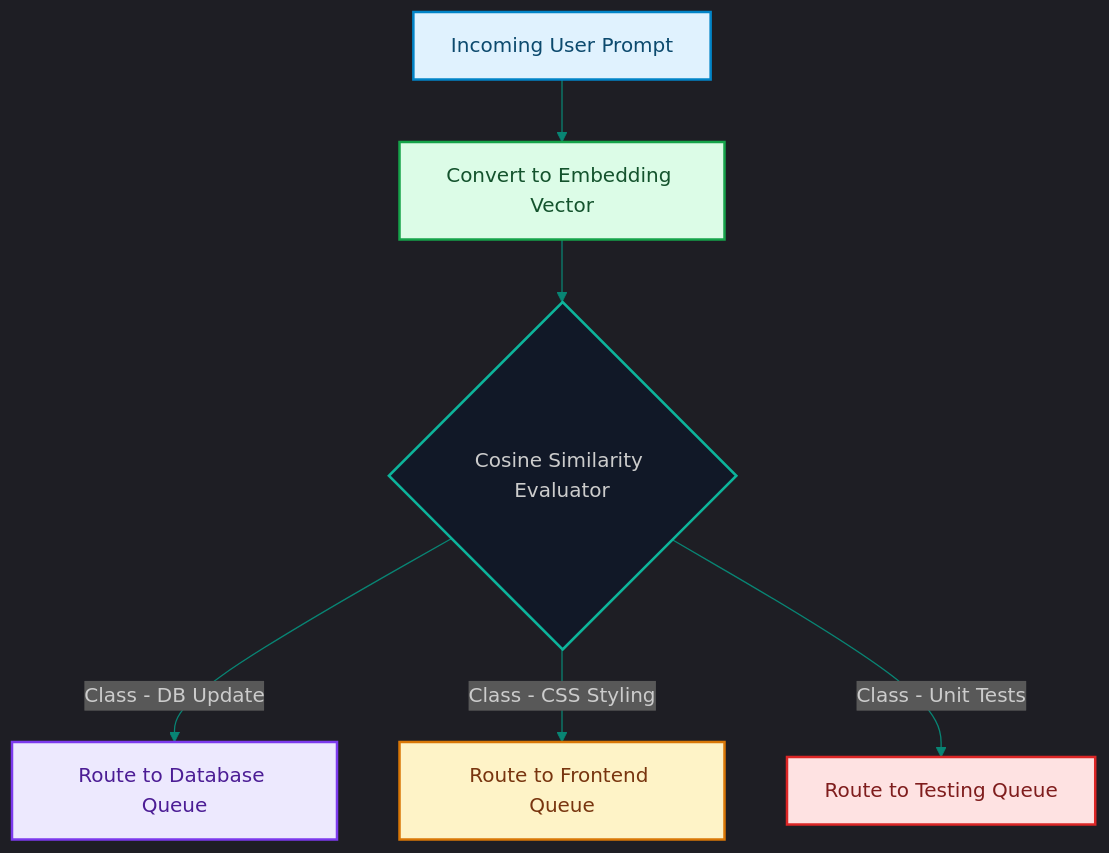
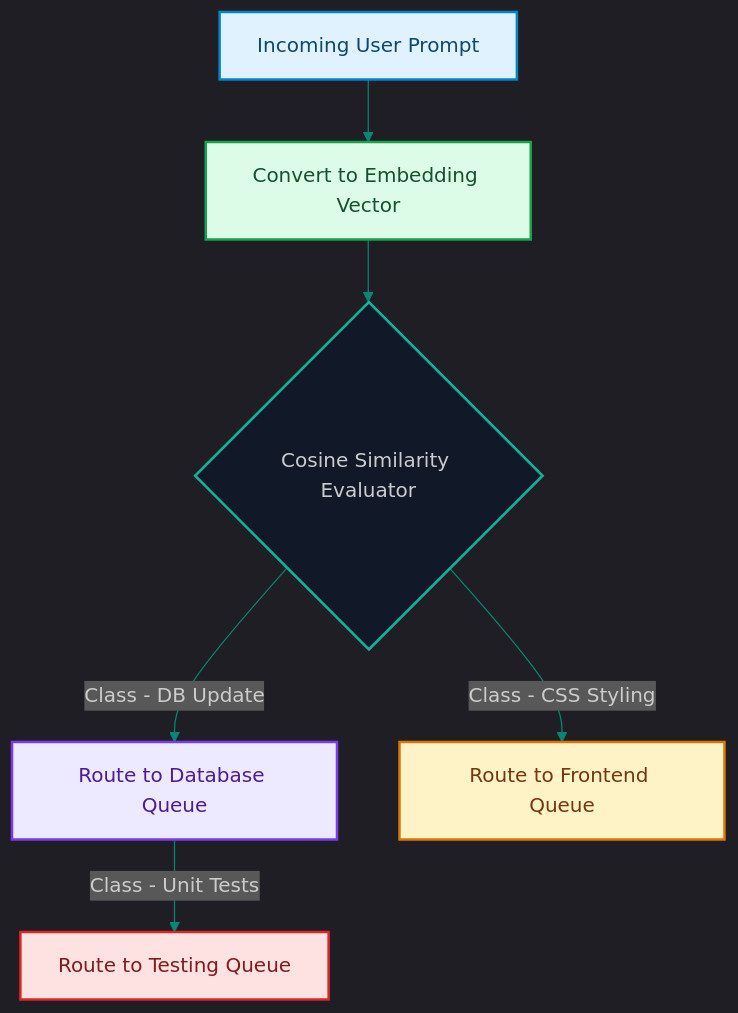
The diagram in blog/posts/routing-topology-dynamic-semantic-classifiers.md (akmalkhaniub/akmalkhaniub.github.io), drawn with Mermaid before and after one commit. The commit also changed other lines of this file and 894 other files, not shown here.

Commit message:
feat(blog): upgrade all 444 posts with unique staggered dates, 2-col Mermaid spines, benchmark tables, code blocks, and trade-offs

````diff
--- a/blog/posts/routing-topology-dynamic-semantic-classifiers.md
+++ b/blog/posts/routing-topology-dynamic-semantic-classifiers.md
@@ -22,23 +22,23 @@
 ```mermaid
 %%{init: {'theme': 'dark', 'themeVariables': { 'primaryColor': '#088574', 'primaryTextColor': '#f3f4f6', 'primaryBorderColor': '#0db49b', 'lineColor': '#088574', 'secondaryColor': '#111827', 'tertiaryColor': '#0b0f19'}}}%%
 flowchart TD
     Prompt["Incoming User Prompt"] --> Embed["Convert to Embedding Vector"]
     Embed --> Cosine{Cosine Similarity Evaluator}
     
     Cosine -->|Class - DB Update| DB["Route to Database Queue"]
     Cosine -->|Class - CSS Styling| FE["Route to Frontend Queue"]
-    Cosine -->|Class - Unit Tests| Test["Route to Testing Queue"]
+    DB --> |Class - Unit Tests| Test["Route to Testing Queue"]
     
     style Cosine fill:#111827,stroke:#0db49b,stroke-width:2px
 
 classDef green fill:#dcfce7,stroke:#16a34a,stroke-width:2px,color:#14532d;
 classDef red fill:#fee2e2,stroke:#dc2626,stroke-width:2px,color:#7f1d1d;
 classDef blue fill:#e0f2fe,stroke:#0284c7,stroke-width:2px,color:#0c4a6e;
 classDef yellow fill:#fef3c7,stroke:#d97706,stroke-width:2px,color:#78350f;
 classDef purple fill:#ede9fe,stroke:#7c3aed,stroke-width:2px,color:#4c1d95;
 class Prompt blue
 class Embed green
 class DB purple
 class FE yellow
 class Test red
 ```
````
